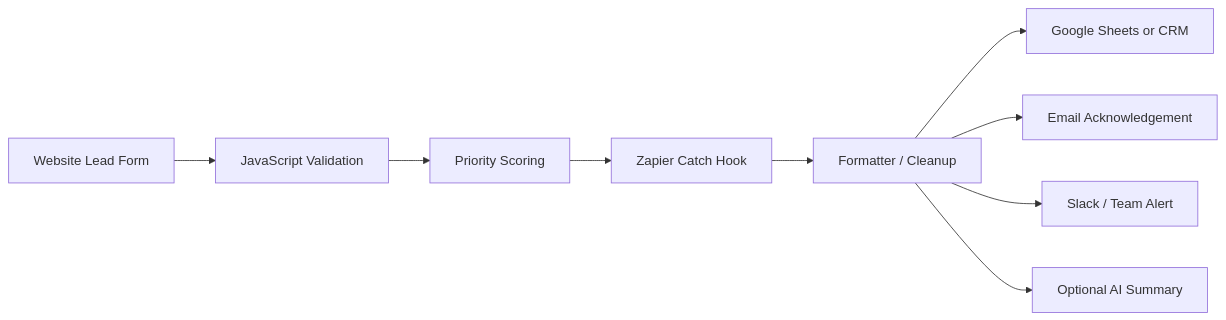
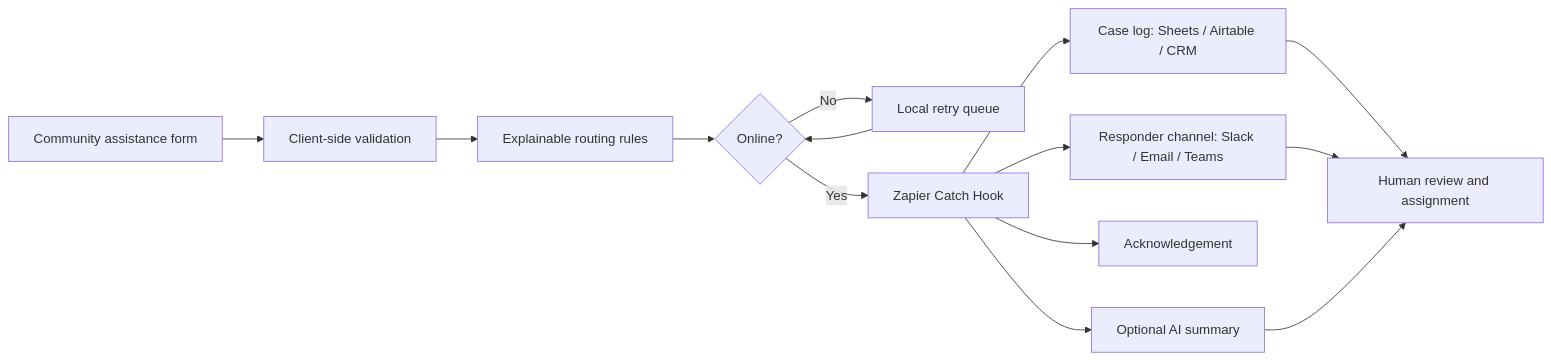
Before and after one commit to Arondith/Zapier-Project: the diagram in README.md, drawn with Mermaid. The commit also changed other lines of this file, not shown here.

```diff
--- a/README.md
+++ b/README.md
@@ -21,11 +35,16 @@
 ~~~mermaid
 flowchart LR
-    A[Website Lead Form] --> B[JavaScript Validation]
-    B --> C[Priority Scoring]
-    C --> D[Zapier Catch Hook]
-    D --> E[Formatter / Cleanup]
-    E --> F[Google Sheets or CRM]
-    E --> G[Email Acknowledgement]
-    E --> H[Slack / Team Alert]
-    E --> I[Optional AI Summary]
+    A[Community assistance form] --> B[Client-side validation]
+    B --> C[Explainable routing rules]
+    C --> D{Online?}
+    D -- No --> E[Local retry queue]
+    E --> D
+    D -- Yes --> F[Zapier Catch Hook]
+    F --> G[Case log: Sheets / Airtable / CRM]
+    F --> H[Responder channel: Slack / Email / Teams]
+    F --> I[Acknowledgement]
+    F --> J[Optional AI summary]
+    G --> K[Human review and assignment]
+    H --> K
+    J --> K
 ~~~
```
